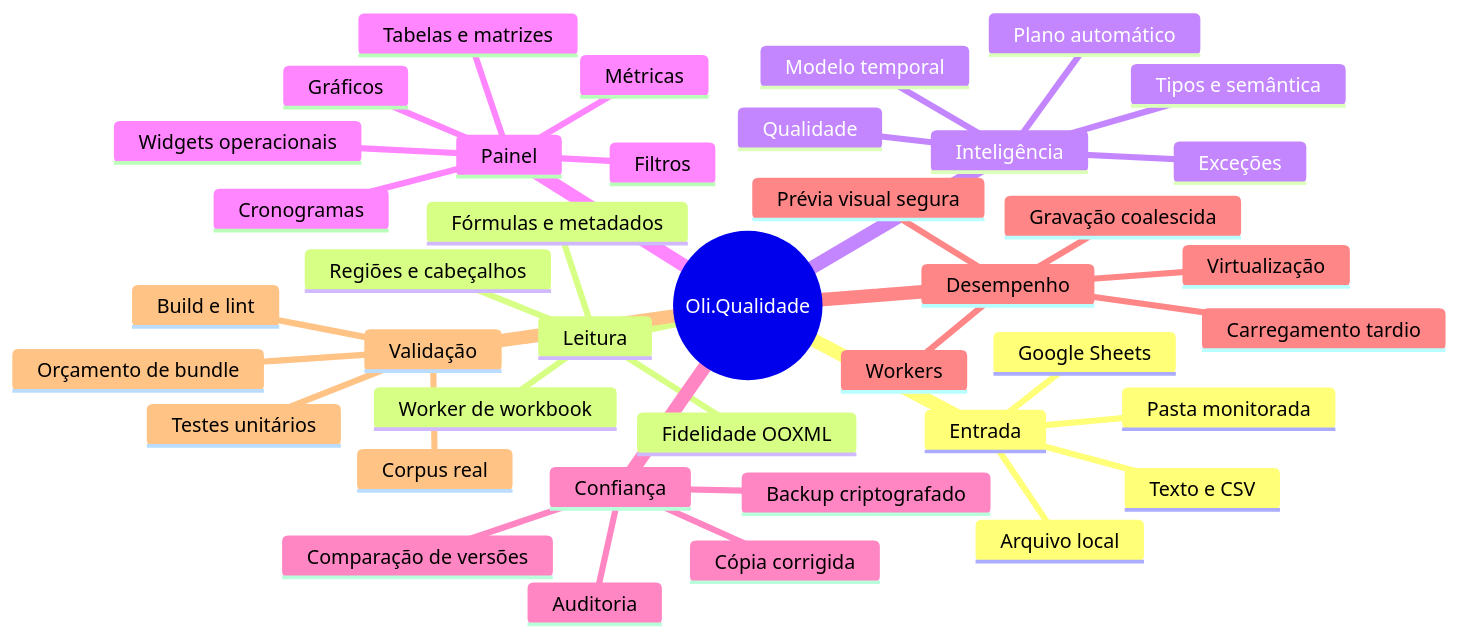
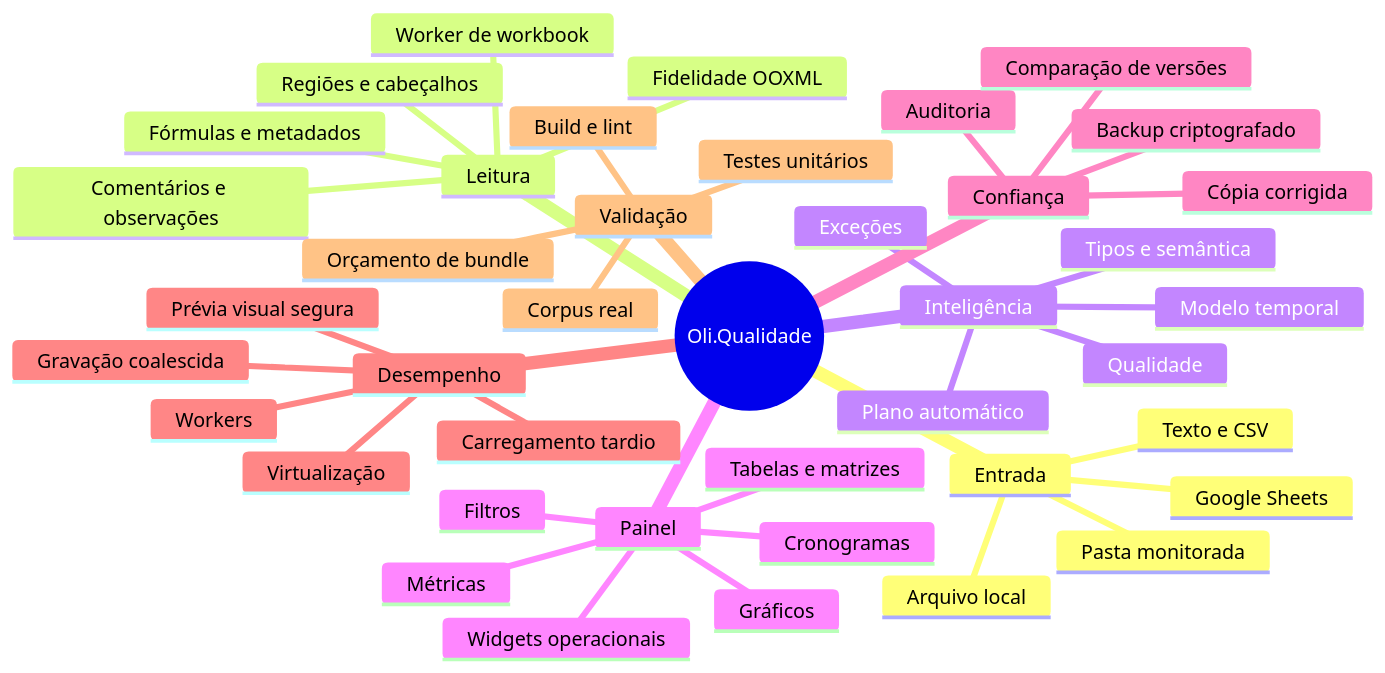
Before and after one commit to olive644/oliqualidade: the first of 2 diagrams in docs/SECOND_BRAIN.md, drawn with Mermaid. The commit also changed other lines of this file and 16 other files, not shown here.

````diff
--- a/docs/SECOND_BRAIN.md
+++ b/docs/SECOND_BRAIN.md
@@ -9,43 +9,44 @@
 ```mermaid
 mindmap
   root((Oli.Qualidade))
     Entrada
       Arquivo local
       Texto e CSV
       Google Sheets
       Pasta monitorada
     Leitura
       Worker de workbook
       Fidelidade OOXML
       Fórmulas e metadados
+      Comentários e observações
       Regiões e cabeçalhos
     Inteligência
       Tipos e semântica
       Qualidade
       Exceções
       Modelo temporal
       Plano automático
     Painel
       Filtros
       Métricas
       Gráficos
       Cronogramas
       Tabelas e matrizes
       Widgets operacionais
     Confiança
       Auditoria
       Comparação de versões
       Cópia corrigida
       Backup criptografado
     Desempenho
       Workers
       Carregamento tardio
       Virtualização
       Prévia visual segura
       Gravação coalescida
     Validação
       Testes unitários
       Corpus real
       Build e lint
       Orçamento de bundle
 ```
````
